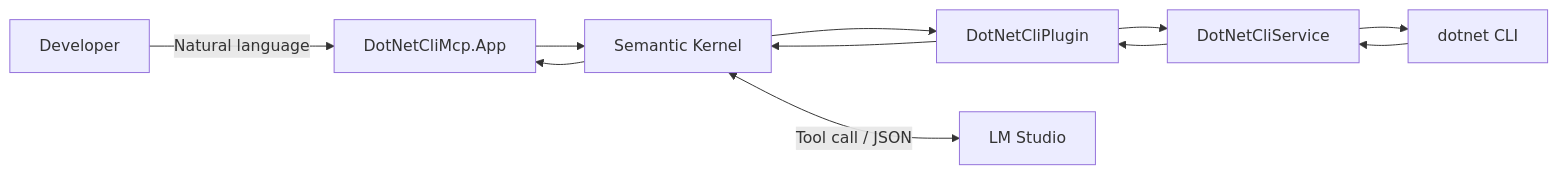
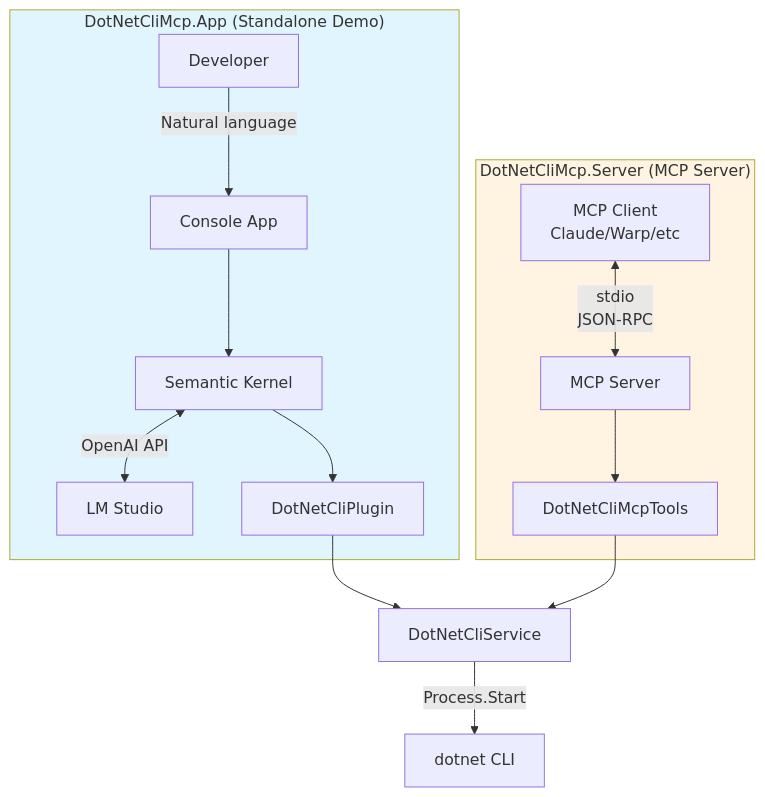
The second of 8 diagrams in README.md (peterblazejewicz/mcp-dotnet-cli-workshop), drawn with Mermaid before and after one commit. The commit also changed other lines of this file and 1 other file, not shown here.

First line of the commit message:
docs: enhance README with comprehensive MCP diagrams

````diff
--- a/README.md
+++ b/README.md
@@ -90,13 +94,21 @@
 ```mermaid
-flowchart LR
-  user[Developer] -->|Natural language| app[DotNetCliMcp.App]
-  app --> sk[Semantic Kernel]
-  sk --> plugin[DotNetCliPlugin]
+flowchart TB
+  subgraph app["DotNetCliMcp.App (Standalone Demo)"]
+    user[Developer] -->|Natural language| console[Console App]
+    console --> sk[Semantic Kernel]
+    sk <-->|OpenAI API| lms[LM Studio]
+    sk --> plugin[DotNetCliPlugin]
+  end
+  
+  subgraph server["DotNetCliMcp.Server (MCP Server)"]
+    client[MCP Client<br/>Claude/Warp/etc] <-->|stdio<br/>JSON-RPC| mcpserver[MCP Server]
+    mcpserver --> tools[DotNetCliMcpTools]
+  end
+  
   plugin --> service[DotNetCliService]
-  service --> cli[dotnet CLI]
-  sk <-->|Tool call / JSON| llm[LM Studio]
-  cli --> service
-  service --> plugin
-  plugin --> sk
-  sk --> app
+  tools --> service
+  service -->|Process.Start| cli[dotnet CLI]
+  
+  style app fill:#e1f5ff
+  style server fill:#fff4e1
 ```
````
